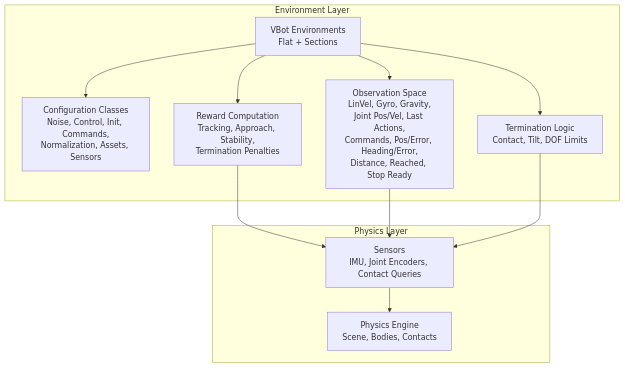
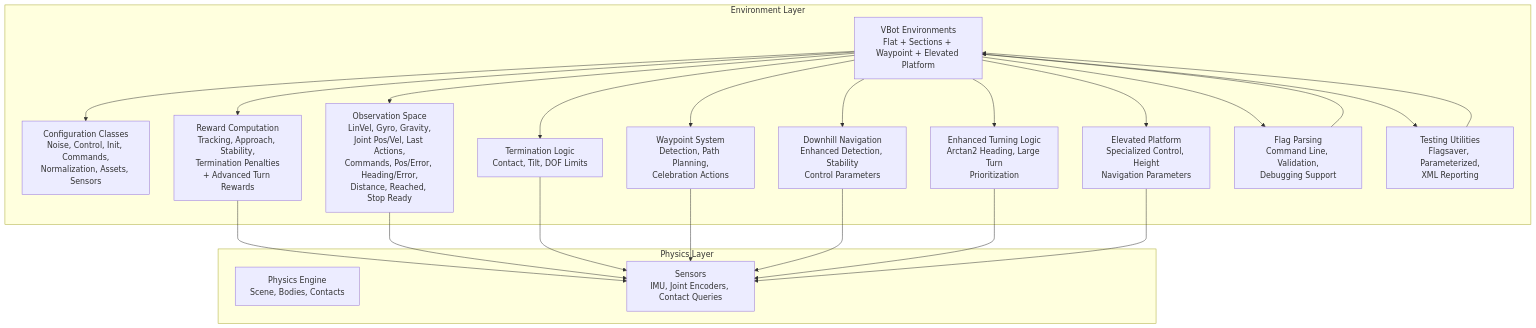
The second of 11 diagrams in .qoder/repowiki/en/content/Navigation Environments/VBot Navigation/VBot Navigation.md (jayjayhust/MotrixLab), drawn with Mermaid before and after one commit. The commit also changed other lines of this file and 27 other files, not shown here.

````diff
--- a/.qoder/repowiki/en/content/Navigation Environments/VBot Navigation/VBot Navigation.md
+++ b/.qoder/repowiki/en/content/Navigation Environments/VBot Navigation/VBot Navigation.md
@@ -86,22 +125,39 @@
 ```mermaid
 graph TB
 subgraph "Environment Layer"
-EV["VBot Environments<br/>Flat + Sections"]
+EV["VBot Environments<br/>Flat + Sections + Waypoint + Elevated Platform"]
 CFG["Configuration Classes<br/>Noise, Control, Init, Commands,<br/>Normalization, Assets, Sensors"]
 OBS["Observation Space<br/>LinVel, Gyro, Gravity,<br/>Joint Pos/Vel, Last Actions,<br/>Commands, Pos/Error, Heading/Error,<br/>Distance, Reached, Stop Ready"]
-RWD["Reward Computation<br/>Tracking, Approach, Stability,<br/>Termination Penalties"]
+RWD["Reward Computation<br/>Tracking, Approach, Stability,<br/>Termination Penalties<br/>+ Advanced Turn Rewards"]
 TERM["Termination Logic<br/>Contact, Tilt, DOF Limits"]
+WP["Waypoint System<br/>Detection, Path Planning,<br/>Celebration Actions"]
+DH["Downhill Navigation<br/>Enhanced Detection, Stability<br/>Control Parameters"]
+TURN["Enhanced Turning Logic<br/>Arctan2 Heading, Large Turn<br/>Prioritization"]
+EP["Elevated Platform<br/>Specialized Control, Height<br/>Navigation Parameters"]
+FLAG["Flag Parsing<br/>Command Line, Validation,<br/>Debugging Support"]
+TEST["Testing Utilities<br/>Flagsaver, Parameterized,<br/>XML Reporting"]
 end
 subgraph "Physics Layer"
 SIM["Physics Engine<br/>Scene, Bodies, Contacts"]
 SENS["Sensors<br/>IMU, Joint Encoders, Contact Queries"]
 end
 EV --> CFG
 EV --> OBS
 EV --> RWD
 EV --> TERM
+EV --> WP
+EV --> DH
+EV --> TURN
+EV --> EP
+EV --> FLAG
+EV --> TEST
 RWD --> SENS
 OBS --> SENS
 TERM --> SENS
-SENS --> SIM
+WP --> SENS
+DH --> SENS
+TURN --> SENS
+EP --> SENS
+FLAG --> EV
+TEST --> EV
 ```
````
